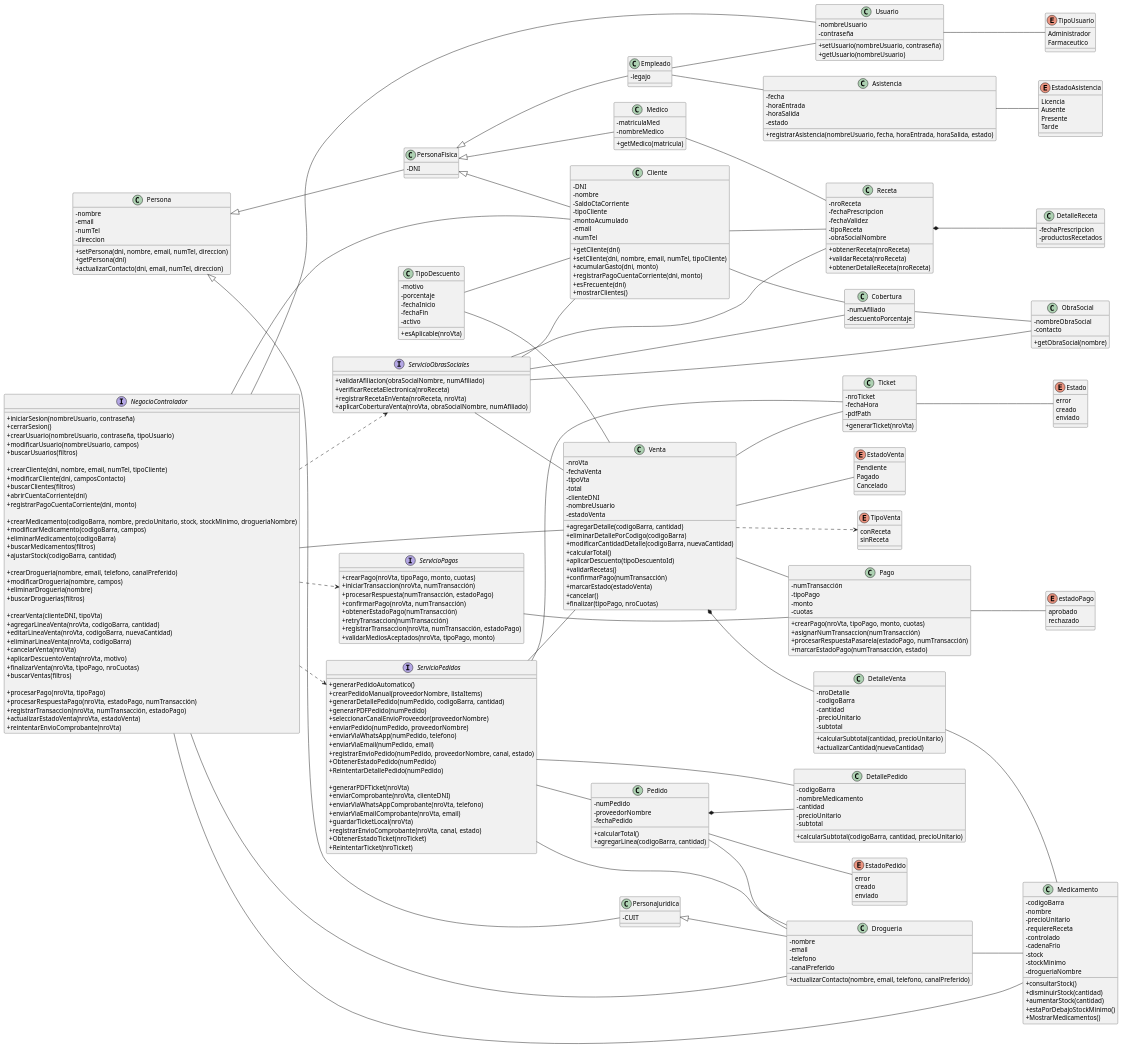
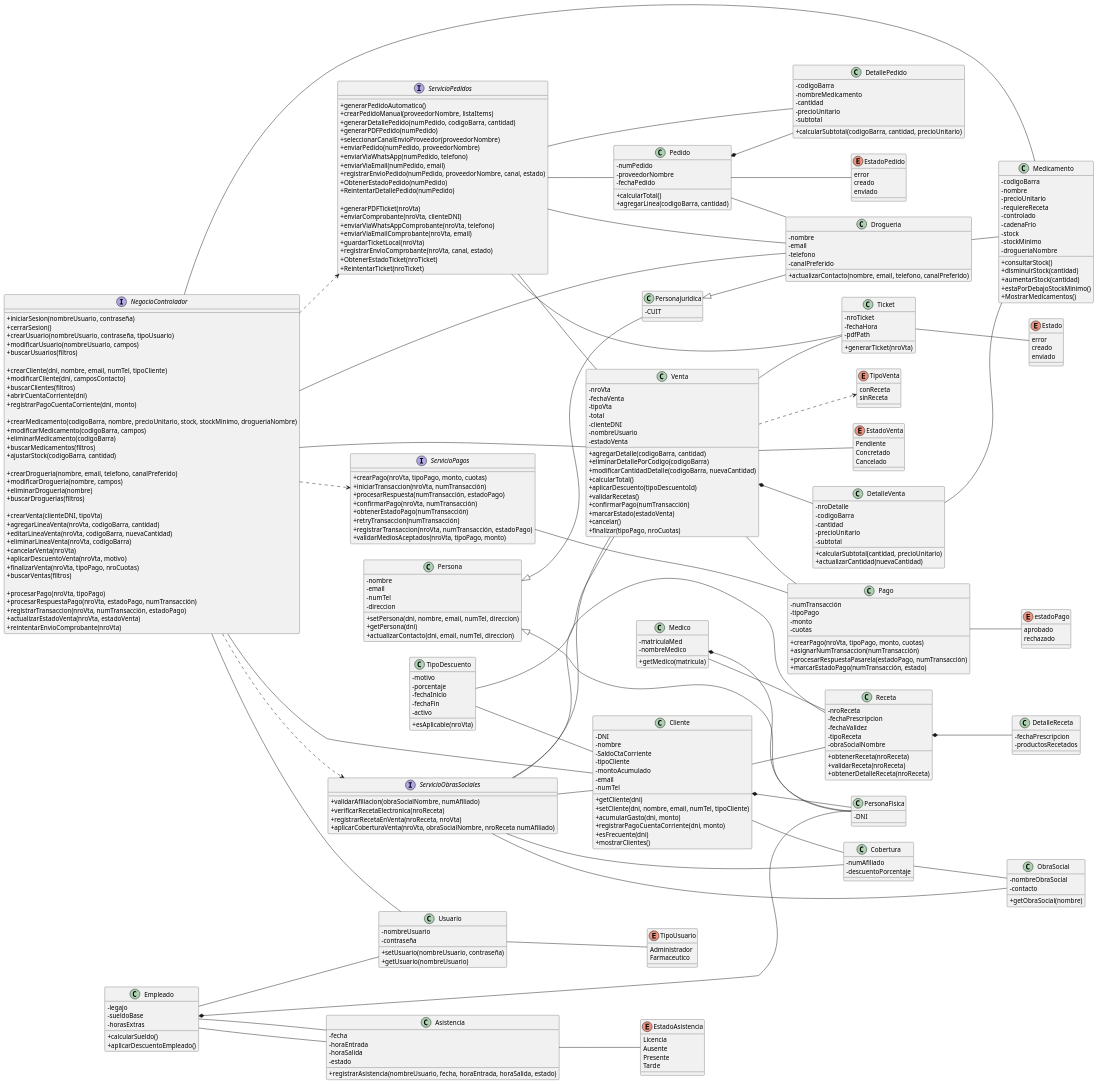
One commit to zEzequR/PF-I changed the diagram in 07 - Diagrama de Clases/DiagramaClases.puml. Above: the diagram before and after it, drawn with PlantUML. The commit also changed 7 other files, not shown here.

```diff
--- a/07 - Diagrama de Clases/DiagramaClases.puml
+++ b/07 - Diagrama de Clases/DiagramaClases.puml
@@ -35,9 +35,15 @@
 
 class Empleado {
     - legajo
+    - sueldoBase
+    - horasExtras
+
+    + calcularSueldo()
+    + aplicarDescuentoEmpleado()
 }
 
 Empleado -- Usuario
+Empleado -- Asistencia
 
 enum TipoUsuario {
     Administrador
@@ -80,10 +86,9 @@
     + esFrecuente(dni)
     + mostrarClientes()
 }
-PersonaFisica <|-- Cliente
-PersonaFisica <|-- Medico
-PersonaFisica <|-- Empleado
-
+Cliente *-- PersonaFisica
+Empleado *-- PersonaFisica
+Medico *-- PersonaFisica
 ' ----------------- MEDICO / RECETA -----------------
 class Medico {
     - matriculaMed
@@ -161,7 +166,7 @@
 
 enum EstadoVenta {
     Pendiente
-    Pagado
+    Concretado
     Cancelado
 }
 
@@ -348,7 +353,7 @@
     + validarAfiliacion(obraSocialNombre, numAfiliado)
     + verificarRecetaElectronica(nroReceta)
     + registrarRecetaEnVenta(nroReceta, nroVta)
-    + aplicarCoberturaVenta(nroVta, obraSocialNombre, numAfiliado)
+    + aplicarCoberturaVenta(nroVta, obraSocialNombre, nroReceta numAfiliado)
 }
 
 interface ServicioPagos {
```
